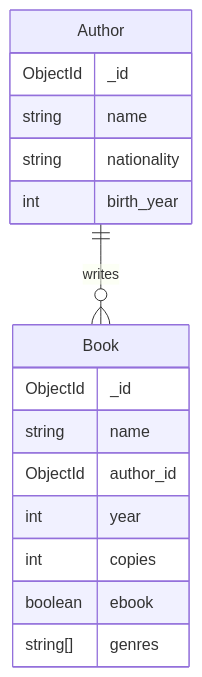
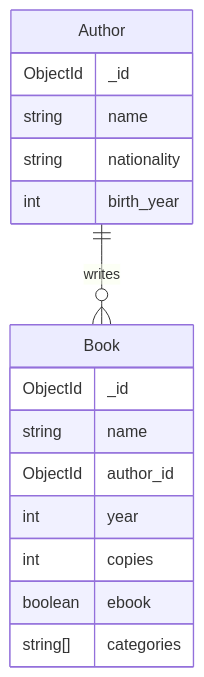
The diagram in material/3-mongo-operations.md (hh-nosql/nosql-material), drawn with Mermaid before and after one commit. The commit also changed other lines of this file and 2 other files, not shown here.

Commit message:
fix genres => categories

````diff
--- a/material/3-mongo-operations.md
+++ b/material/3-mongo-operations.md
@@ -171,21 +171,21 @@
 ```mermaid
 erDiagram
     Author ||--o{ Book : writes
 
     Author {
         ObjectId _id
         string name
         string nationality
         int birth_year
     }
 
     Book {
         ObjectId _id
         string name
         ObjectId author_id
         int year
         int copies
         boolean ebook
-        string[] genres
+        string[] categories
     }
 ```
````
